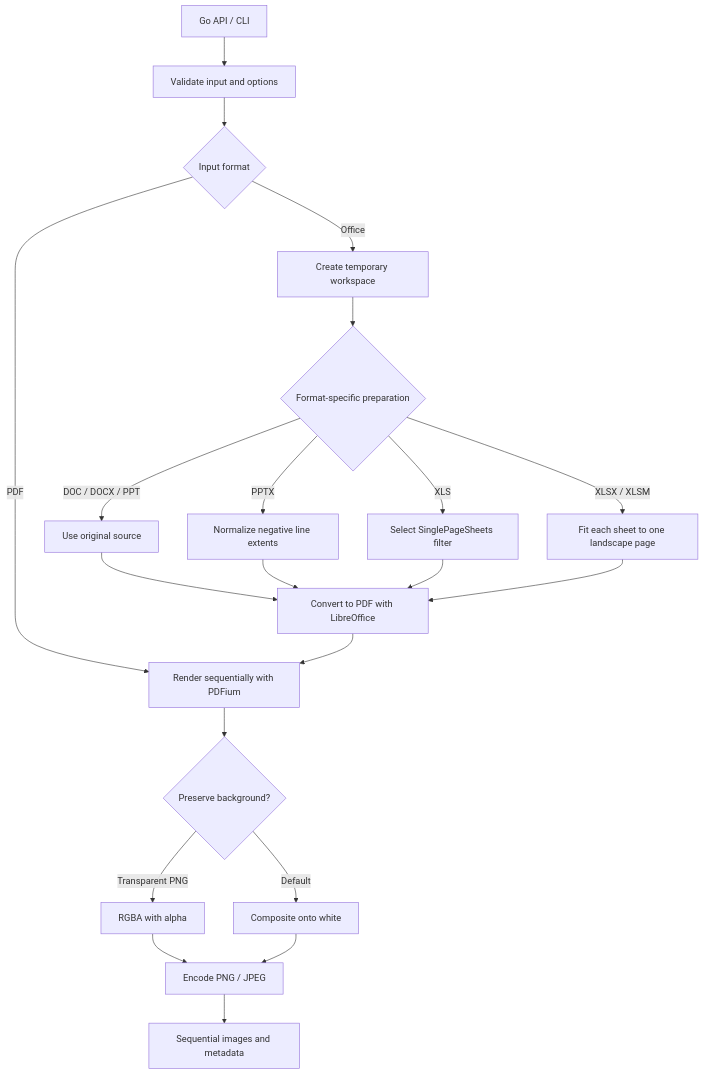
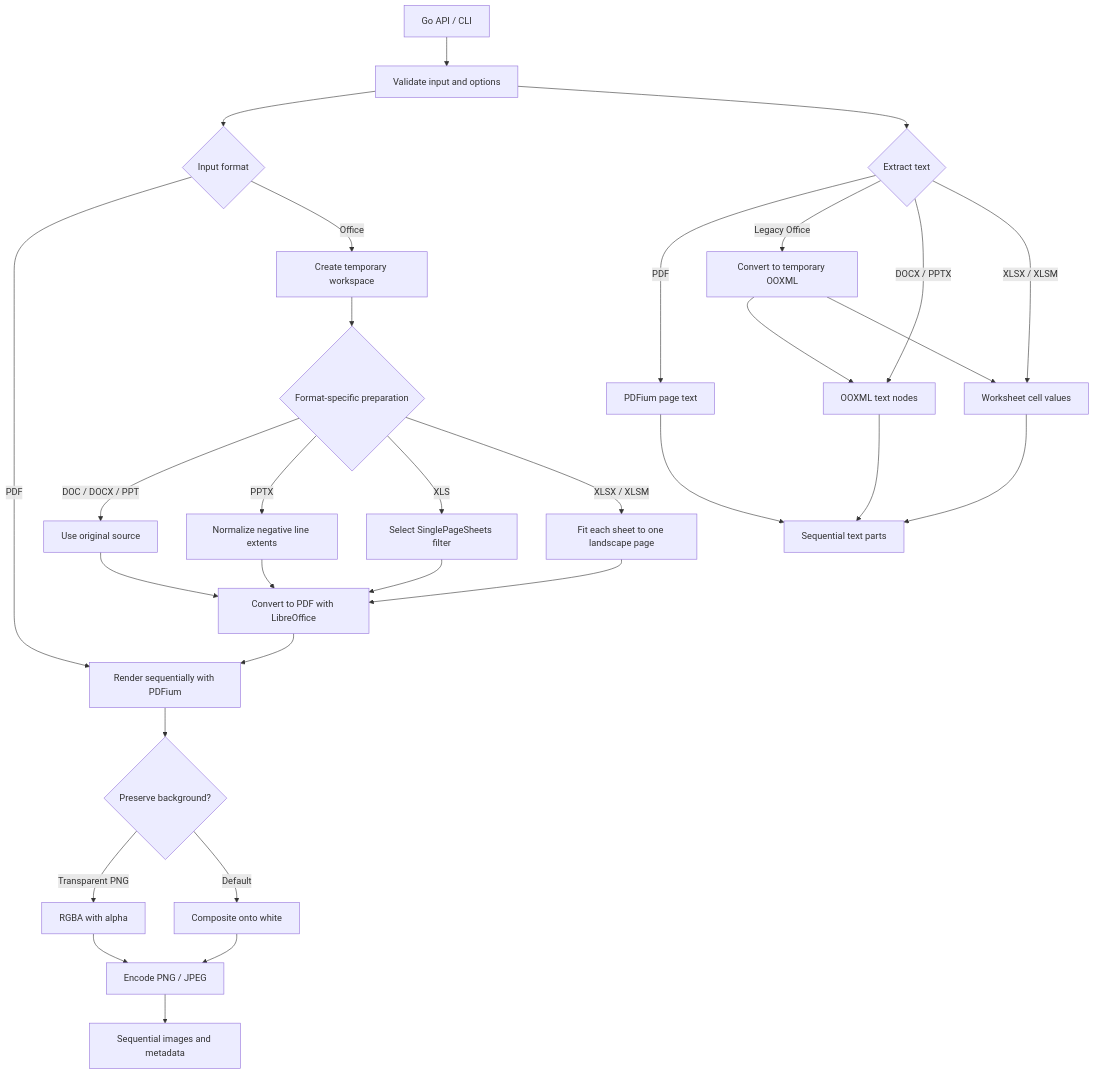
Before and after one commit to mochizuki875/document-image-renderer: the diagram in DESIGN.md, drawn with Mermaid. The commit also changed other lines of this file and 18 other files, not shown here.

````diff
--- a/DESIGN.md
+++ b/DESIGN.md
@@ -38,23 +38,33 @@
 ```mermaid
 flowchart TD
   caller[Go API / CLI] --> validate[Validate input and options]
   validate --> route{Input format}
   route -->|PDF| rasterize[Render sequentially with PDFium]
   route -->|Office| workspace[Create temporary workspace]
   workspace --> prepare{Format-specific preparation}
   prepare -->|DOC / DOCX / PPT| direct[Use original source]
   prepare -->|PPTX| pptx[Normalize negative line extents]
   prepare -->|XLS| xls[Select SinglePageSheets filter]
   prepare -->|XLSX / XLSM| sheets[Fit each sheet to one landscape page]
   direct --> libreoffice[Convert to PDF with LibreOffice]
   pptx --> libreoffice
   xls --> libreoffice
   sheets --> libreoffice
   libreoffice --> rasterize
   rasterize --> background{Preserve background?}
   background -->|Transparent PNG| alpha[RGBA with alpha]
   background -->|Default| white[Composite onto white]
   alpha --> encode[Encode PNG / JPEG]
   white --> encode
   encode --> images[Sequential images and metadata]
+  validate --> extractRoute{Extract text}
+  extractRoute -->|PDF| pdfText[PDFium page text]
+  extractRoute -->|Legacy Office| legacyOOXML[Convert to temporary OOXML]
+  legacyOOXML --> xmlText
+  legacyOOXML --> cellText
+  extractRoute -->|DOCX / PPTX| xmlText[OOXML text nodes]
+  extractRoute -->|XLSX / XLSM| cellText[Worksheet cell values]
+  pdfText --> textParts[Sequential text parts]
+  xmlText --> textParts
+  cellText --> textParts
 ```
````
